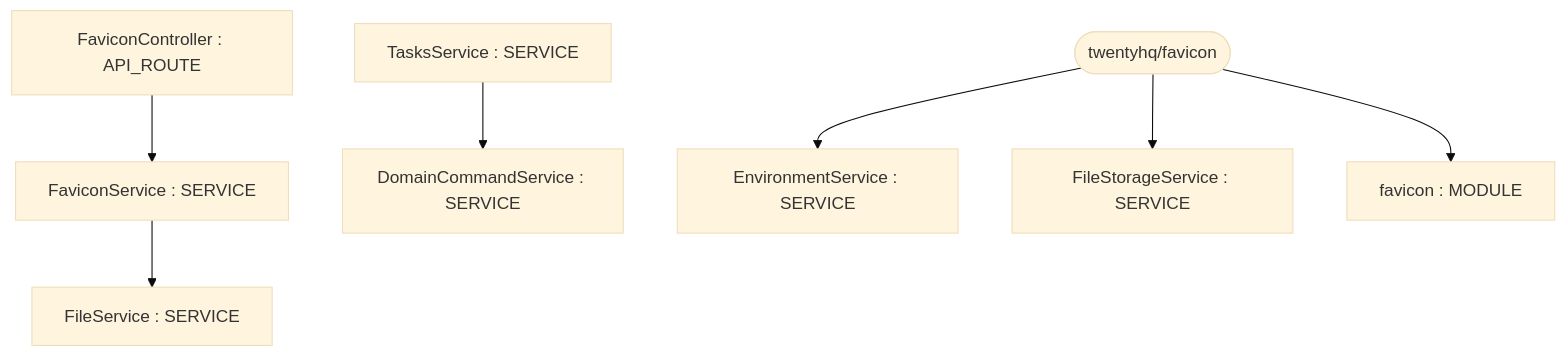
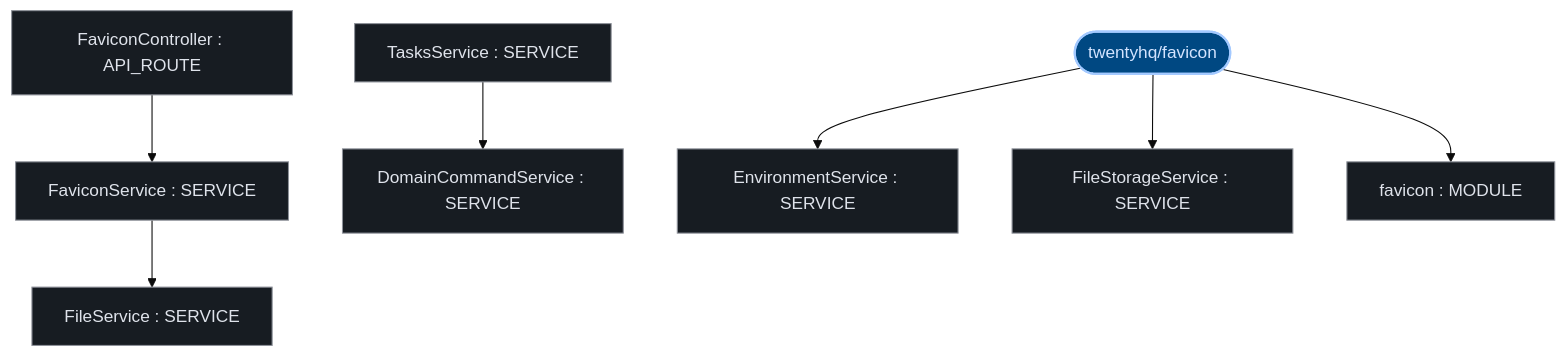
Before and after one commit to kumarshaz/atruss-code-atlas: the first of 3 diagrams in exports/latest/reports/twentyhq-favicon-report.md, drawn with Mermaid (base theme). The commit also changed other lines of this file and 331 other files, not shown here.

Commit message:
docs,ui,fix: update SDLC docs, reorder CI/CD DAG first, stylize Mermaid, and fix Arc42 pipeline topology

````diff
--- a/exports/latest/reports/twentyhq-favicon-report.md
+++ b/exports/latest/reports/twentyhq-favicon-report.md
@@ -42,18 +42,25 @@
 ```mermaid
 graph TD;
-    favicon["favicon : MODULE"]
-    FaviconController["FaviconController : API_ROUTE"]
-    FaviconService["FaviconService : SERVICE"]
-    FileService["FileService : SERVICE"]
-    DomainCommandService["DomainCommandService : SERVICE"]
-    EnvironmentService["EnvironmentService : SERVICE"]
-    FileStorageService["FileStorageService : SERVICE"]
-    TasksService["TasksService : SERVICE"]
-    repo_root(["twentyhq/favicon"])
+  classDef atlasRoot fill:#004882,stroke:#a3c9ff,stroke-width:2px,color:#d3e4ff
+  classDef atlasCategory fill:#212428,stroke:#E87A48,stroke-width:1.5px,color:#dfe3eb
+  classDef atlasWorkflow fill:#1b2026,stroke:#a3c9ff,stroke-width:1.5px,color:#dfe3eb
+  classDef atlasJob fill:#171c22,stroke:#8d9199,stroke-width:1px,color:#dfe3eb
+  classDef atlasTarget fill:#005227,stroke:#8bd99b,stroke-width:1.5px,color:#a7f6b6
+  classDef atlasAlert fill:#93000a,stroke:#ffb4ab,stroke-width:1.5px,color:#ffdad6
+  classDef atlasMore fill:#252a31,stroke:#8d9199,stroke-dasharray:4 4,color:#c3c6cf
+    favicon["favicon : MODULE"]:::atlasJob
+    FaviconController["FaviconController : API_ROUTE"]:::atlasJob
+    FaviconService["FaviconService : SERVICE"]:::atlasJob
+    FileService["FileService : SERVICE"]:::atlasJob
+    DomainCommandService["DomainCommandService : SERVICE"]:::atlasJob
+    EnvironmentService["EnvironmentService : SERVICE"]:::atlasJob
+    FileStorageService["FileStorageService : SERVICE"]:::atlasJob
+    TasksService["TasksService : SERVICE"]:::atlasJob
+    repo_root(["twentyhq/favicon"]):::atlasRoot
     repo_root --> EnvironmentService
     repo_root --> FileStorageService
     repo_root --> favicon
     FaviconController --> FaviconService
     FaviconService --> FileService
     TasksService --> DomainCommandService
 ```
````
